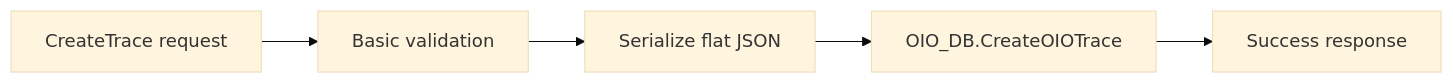
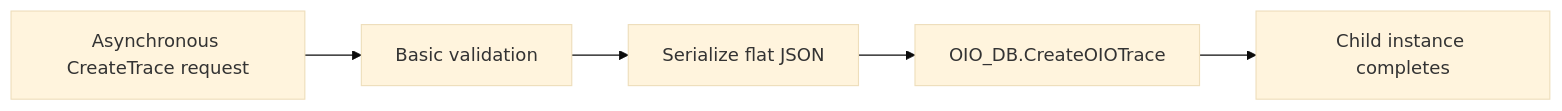
One commit to lucianosilva/oracle-integration-observability changed the first of 3 diagrams in oic/implementation-pattern.md. Above: the diagram before and after it, drawn with Mermaid (base theme). The commit also changed other lines of this file and 4 other files, not shown here.

````diff
--- a/oic/implementation-pattern.md
+++ b/oic/implementation-pattern.md
@@ -42,7 +61,7 @@
 ```mermaid
 flowchart LR
-    A[CreateTrace request] --> B[Basic validation]
+    A[Asynchronous CreateTrace request] --> B[Basic validation]
     B --> C[Serialize flat JSON]
     C --> D[OIO_DB.CreateOIOTrace]
-    D --> E[Success response]
+    D --> E[Child instance completes]
 ```
````
